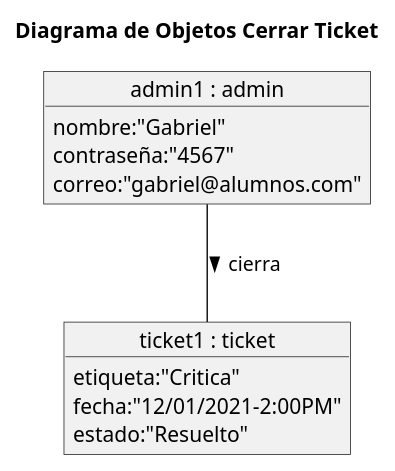
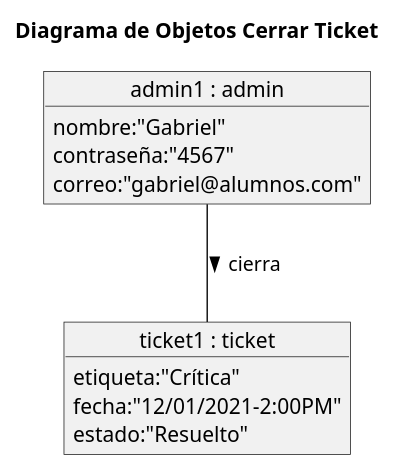
Before and after one commit to mmasias/23-24-IdSw1-SDR: the diagram in modelosUML/DiagramasModeloDominio/DiagramaDeObjetosCerrarTicket.puml, drawn with PlantUML. The commit also changed 2 other files, not shown here.

Commit message:
fix: Correccion de diagramas e imagenes

```diff
--- a/modelosUML/DiagramasModeloDominio/DiagramaDeObjetosCerrarTicket.puml
+++ b/modelosUML/DiagramasModeloDominio/DiagramaDeObjetosCerrarTicket.puml
@@ -1,18 +1,18 @@
 @startuml
 
 title Diagrama de Objetos Cerrar Ticket
 
 object "admin1 : admin" as usuario{
     nombre:"Gabriel"
     contraseña:"4567"
     correo:"gabriel@alumnos.com"
 
 }
 object "ticket1 : ticket" as ticket{
-    etiqueta:"Critica"
+    etiqueta:"Crítica"
     fecha:"12/01/2021-2:00PM"
     estado:"Resuelto"
 }
 usuario-- ticket: > cierra
 
 @enduml
```
